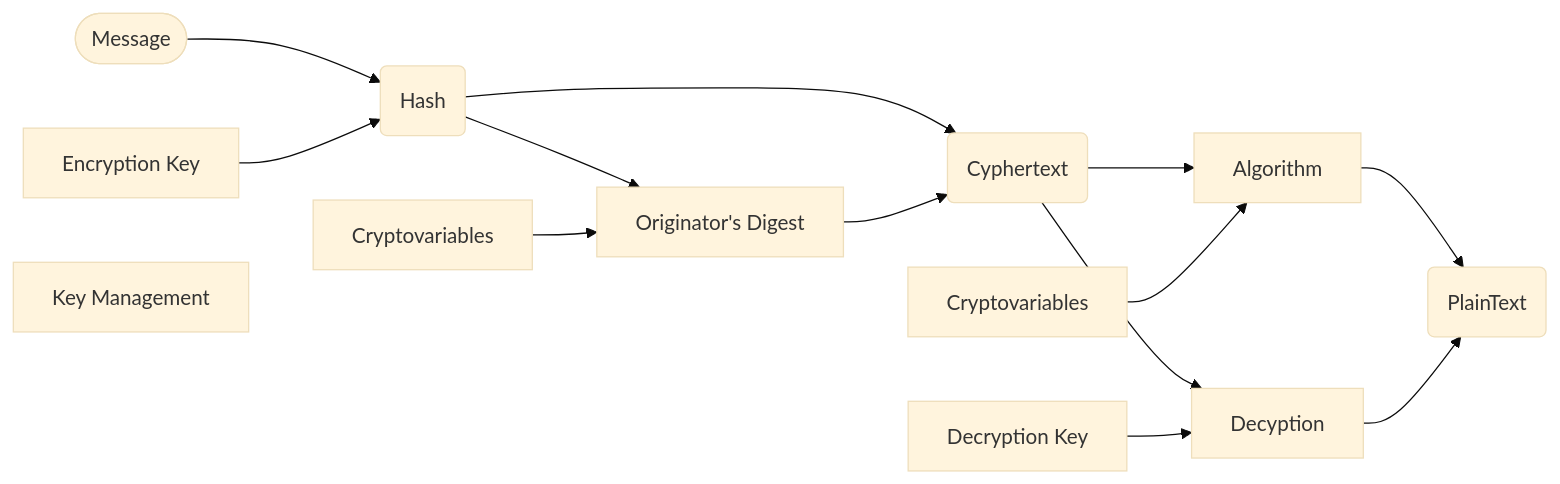
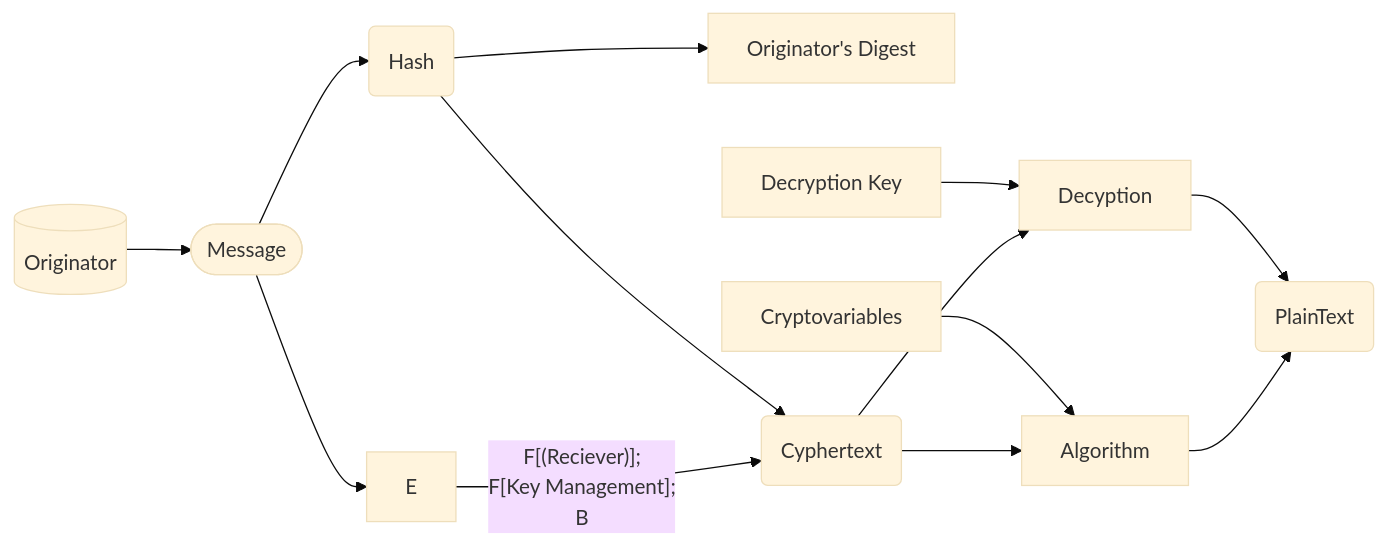
Before and after one commit to RobertRMarsh/cyber-notes: the first of 4 diagrams in isc2-cc/domain-5/cryptography-overview.md, drawn with Mermaid (base theme).

Commit message:
vault backup: 2026-05-19 17:21:56

````diff
--- a/isc2-cc/domain-5/cryptography-overview.md
+++ b/isc2-cc/domain-5/cryptography-overview.md
@@ -37,16 +37,17 @@
 ```mermaid  
-graph LR  
-A([Message]) --> B(Hash);
-B --> C[Originator's Digest];  
-D[Encryption Key]--> B;  
-E[Cryptovariables]--> C;  
+graph LR
+A[(Originator)] --> B([Message]);
+B --> C(Hash);
+C --> D[Originator's Digest];    
+B --> E
+--F[(Reciever)];  
 F[Key Management];
 B --> G(Cyphertext);
 C --> G;  
 G --> H[Decyption];  
 G --> I[Algorithm];  
 J[Cryptovariables]--> I;  
 K[Decryption Key]--> H;
 I --> L(PlainText);
 H --> L;
 ```
````
